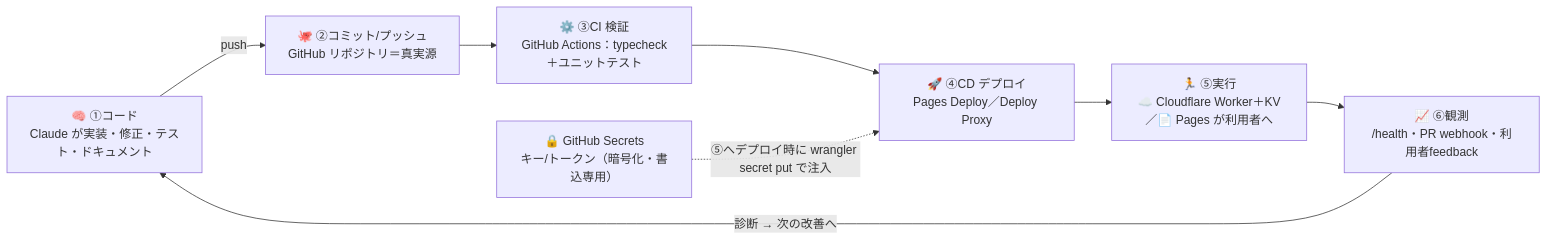
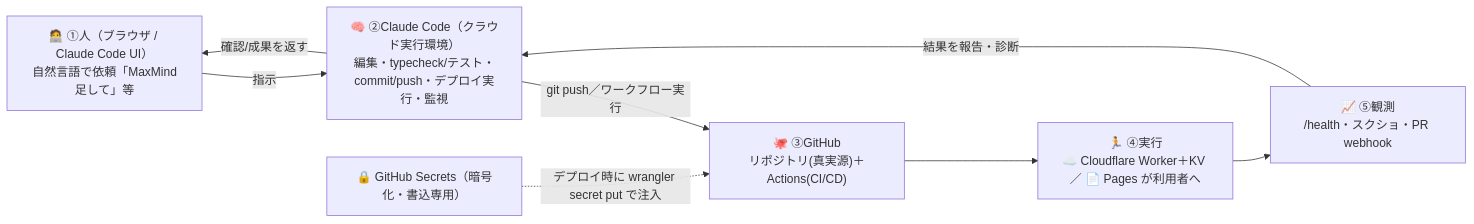
Before and after one commit to Waganawa-Megumin/vteeee: the third of 4 diagrams in docs/architecture-infographic-brief.ja.md, drawn with Mermaid. The commit also changed other lines of this file, not shown here.

First line of the commit message:
docs: fix DevSecOps framing — human directs, Claude Code executes

````diff
--- a/docs/architecture-infographic-brief.ja.md
+++ b/docs/architecture-infographic-brief.ja.md
@@ -104,14 +106,15 @@
 ```mermaid
 flowchart LR
-  C["🧠 ①コード<br/>Claude が実装・修正・テスト・ドキュメント"]
-  G["🐙 ②コミット/プッシュ<br/>GitHub リポジトリ＝真実源"]
-  CI["⚙️ ③CI 検証<br/>GitHub Actions：typecheck＋ユニットテスト"]
-  CD["🚀 ④CD デプロイ<br/>Pages Deploy／Deploy Proxy"]
-  RUN["🏃 ⑤実行<br/>☁️ Cloudflare Worker＋KV／📄 Pages が利用者へ"]
-  OBS["📈 ⑥観測<br/>/health・PR webhook・利用者feedback"]
-  SEC["🔒 GitHub Secrets<br/>キー/トークン（暗号化・書込専用）"]
+  H["🧑‍💻 ①人（ブラウザ / Claude Code UI）<br/>自然言語で依頼「MaxMind足して」等"]
+  C["🧠 ②Claude Code（クラウド実行環境）<br/>編集・typecheck/テスト・commit/push・デプロイ実行・監視"]
+  G["🐙 ③GitHub<br/>リポジトリ(真実源)＋Actions(CI/CD)"]
+  RUN["🏃 ④実行<br/>☁️ Cloudflare Worker＋KV ／ 📄 Pages が利用者へ"]
+  OBS["📈 ⑤観測<br/>/health・スクショ・PR webhook"]
+  SEC["🔒 GitHub Secrets（暗号化・書込専用）"]
 
-  C -->|push| G --> CI --> CD --> RUN --> OBS
-  OBS -->|"診断 → 次の改善へ"| C
-  SEC -. "⑤へデプロイ時に wrangler secret put で注入" .-> CD
+  H -->|"指示"| C
+  C -->|"git push／ワークフロー実行"| G --> RUN
+  SEC -. "デプロイ時に wrangler secret put で注入" .-> G
+  RUN --> OBS -->|"結果を報告・診断"| C
+  C -->|"確認/成果を返す"| H
 ```
````
